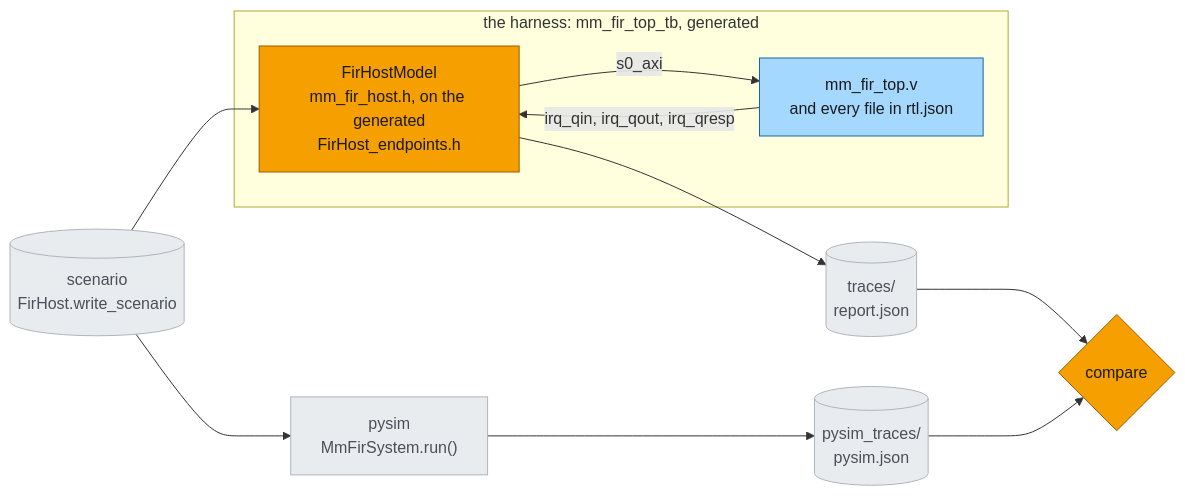
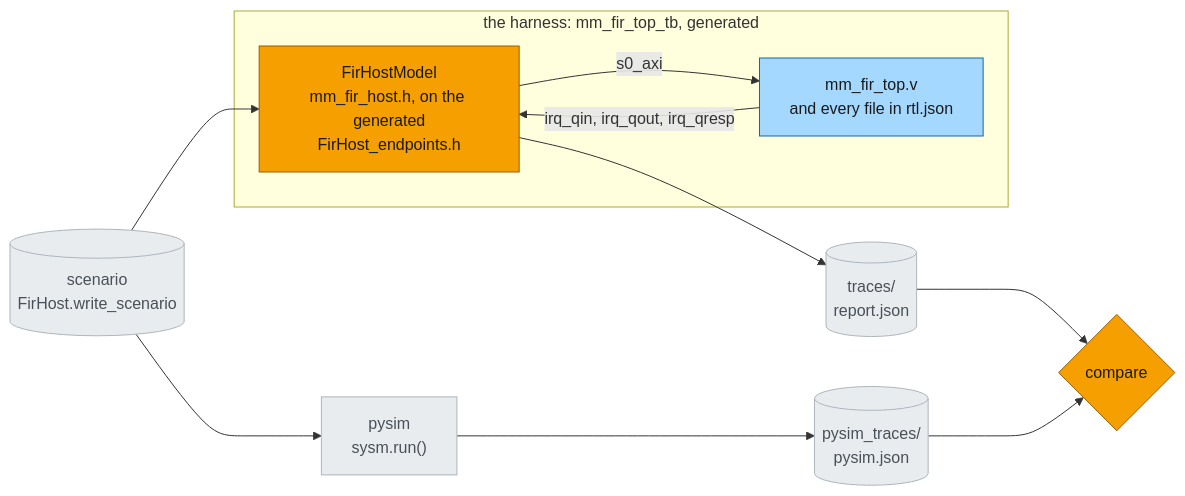
Before and after one commit to sdrangan/waveflow: the diagram in docs/examples/mm_fir/xsi.md, drawn with Mermaid. The commit also changed 8 other files, not shown here.

First line of the commit message:
mm_fir: HwSystem(sim, dut) -- mm_fir_system() replaces the MmFirSystem subclass

````diff
--- a/docs/examples/mm_fir/xsi.md
+++ b/docs/examples/mm_fir/xsi.md
@@ -19,20 +19,20 @@
 ```mermaid
 flowchart LR
   scen[("scenario<br/>FirHost.write_scenario")] --> host
   subgraph tb["the harness: mm_fir_top_tb, generated"]
     host["FirHostModel<br/>mm_fir_host.h, on the generated<br/>FirHost_endpoints.h"]
     top["mm_fir_top.v<br/>and every file in rtl.json"]
     host -- "s0_axi" --> top
     top -- "irq_qin, irq_qout, irq_qresp" --> host
   end
   host --> traces[("traces/<br/>report.json")]
-  scen --> pysim["pysim<br/>MmFirSystem.run()"] --> ptraces[("pysim_traces/<br/>pysim.json")]
+  scen --> pysim["pysim<br/>sysm.run()"] --> ptraces[("pysim_traces/<br/>pysim.json")]
   traces --> compare{"compare"}
   ptraces --> compare
   classDef here fill:#f59f00,stroke:#9c5b00,color:#1a1a1a
   classDef earlier fill:#a5d8ff,stroke:#1864ab,color:#1a1a1a
   classDef data fill:#e9ecef,stroke:#adb5bd,color:#495057
   class host,compare here
   class top earlier
   class scen,traces,ptraces,pysim data
 ```
````
